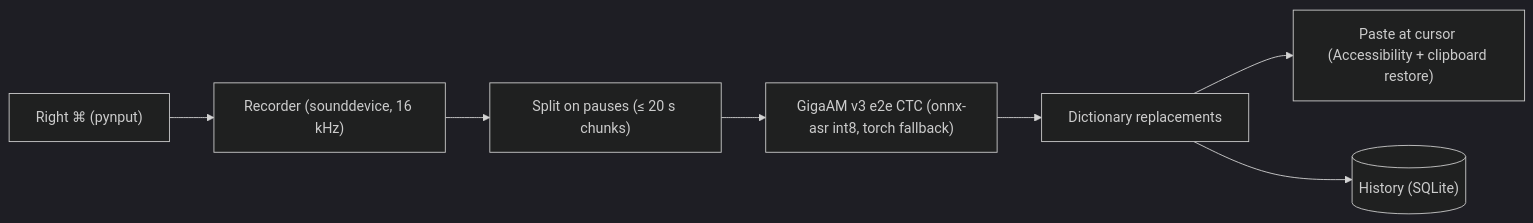
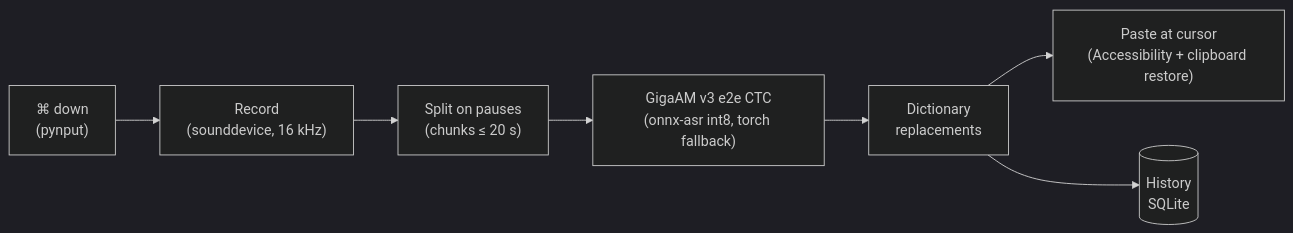
The diagram in README.md (meshoklv/gigaam-dictation), drawn with Mermaid (dark theme) before and after one commit. The commit also changed other lines of this file and 13 other files, not shown here.

````diff
--- a/README.md
+++ b/README.md
@@ -53,9 +108,9 @@
 ```mermaid
 flowchart LR
-    K["Right ⌘ (pynput)"] --> R["Recorder (sounddevice, 16 kHz)"]
-    R --> S["Split on pauses (≤ 20 s chunks)"]
-    S --> A["GigaAM v3 e2e CTC (onnx-asr int8, torch fallback)"]
-    A --> D["Dictionary replacements"]
-    D --> I["Paste at cursor (Accessibility + clipboard restore)"]
-    D --> H[("History (SQLite)")]
+    K["⌘ down<br/>(pynput)"] --> R["Record<br/>(sounddevice, 16 kHz)"]
+    R --> S["Split on pauses<br/>(chunks ≤ 20 s)"]
+    S --> A["GigaAM v3 e2e CTC<br/>(onnx-asr int8, torch fallback)"]
+    A --> D["Dictionary<br/>replacements"]
+    D --> I["Paste at cursor<br/>(Accessibility + clipboard restore)"]
+    D --> H[("History<br/>SQLite")]
 ```
````
